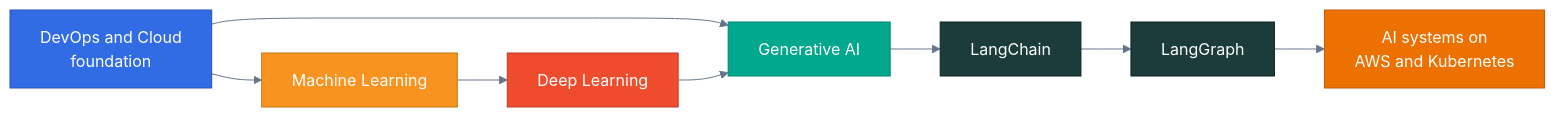
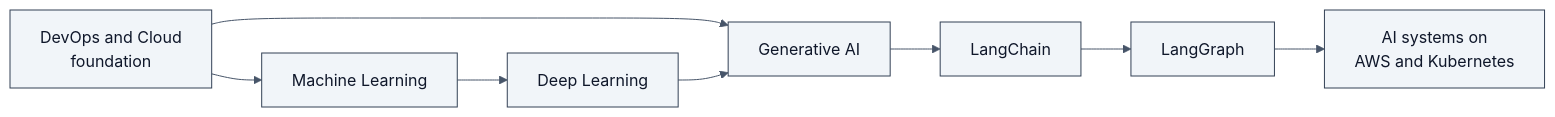
One commit to Rohit-1920/Rohit-1920 changed the seventh of 7 diagrams in README.md. Above: the diagram before and after it, drawn with Mermaid. The commit also changed other lines of this file, not shown here.

````diff
--- a/README.md
+++ b/README.md
@@ -444,19 +372,6 @@
 ```mermaid
-%%{init: {'theme':'base','themeVariables':{'fontFamily':'Inter, ui-sans-serif, system-ui, sans-serif','lineColor':'#64748B','primaryTextColor':'#FFFFFF'}}}%%
+%%{init: {'theme':'base','themeVariables':{'fontFamily':'Inter, ui-sans-serif, system-ui, sans-serif','primaryColor':'#F1F5F9','primaryBorderColor':'#334155','primaryTextColor':'#0F172A','lineColor':'#475569'}}}%%
 flowchart LR
   INF["DevOps and Cloud<br/>foundation"] --> GEN["Generative AI"] --> LC["LangChain"] --> LG["LangGraph"] --> AG["AI systems on<br/>AWS and Kubernetes"]
   INF --> ML["Machine Learning"] --> DL["Deep Learning"] --> GEN
-
-  classDef base fill:#326CE5,stroke:#2653B3,color:#FFFFFF
-  classDef ai fill:#01A88D,stroke:#018570,color:#FFFFFF
-  classDef lc fill:#1C3C3C,stroke:#0F2424,color:#FFFFFF
-  classDef ml fill:#F7931E,stroke:#C4760F,color:#FFFFFF
-  classDef dl fill:#EE4C2C,stroke:#BC3B21,color:#FFFFFF
-  classDef goal fill:#ED7100,stroke:#C25C00,color:#FFFFFF
-  class INF base
-  class GEN ai
-  class LC,LG lc
-  class ML ml
-  class DL dl
-  class AG goal
 ```
````
